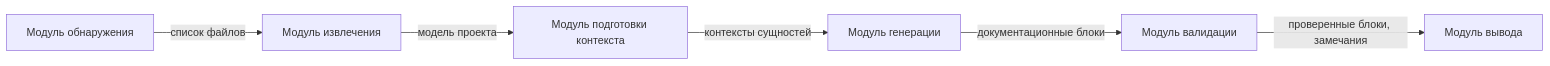
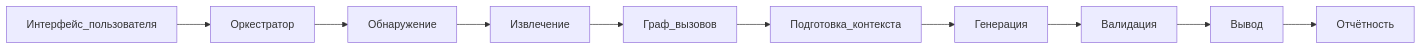
One commit to Andryss/AnDocGen changed the second of 3 diagrams in docs/architecture.md. Above: the diagram before and after it, drawn with Mermaid. The commit also changed other lines of this file, not shown here.

````diff
--- a/docs/architecture.md
+++ b/docs/architecture.md
@@ -26,15 +51,23 @@
 ```mermaid
 flowchart LR
-    Discovery[Модуль обнаружения]
-    Extraction[Модуль извлечения]
-    ContextPrep[Модуль подготовки контекста]
-    Generation[Модуль генерации]
-    Validation[Модуль валидации]
-    OutputMod[Модуль вывода]
+    Interface[Интерфейс_пользователя]
+    Orchestrator[Оркестратор]
+    Discovery[Обнаружение]
+    Extraction[Извлечение]
+    CallGraph[Граф_вызовов]
+    ContextPrep[Подготовка_контекста]
+    Generation[Генерация]
+    Validation[Валидация]
+    OutputMod[Вывод]
+    Reporting[Отчётность]
 
-    Discovery -->|"список файлов"| Extraction
-    Extraction -->|"модель проекта"| ContextPrep
-    ContextPrep -->|"контексты сущностей"| Generation
-    Generation -->|"документационные блоки"| Validation
-    Validation -->|"проверенные блоки, замечания"| OutputMod
+    Interface --> Orchestrator
+    Orchestrator --> Discovery
+    Discovery --> Extraction
+    Extraction --> CallGraph
+    CallGraph --> ContextPrep
+    ContextPrep --> Generation
+    Generation --> Validation
+    Validation --> OutputMod
+    OutputMod --> Reporting
 ```
````
